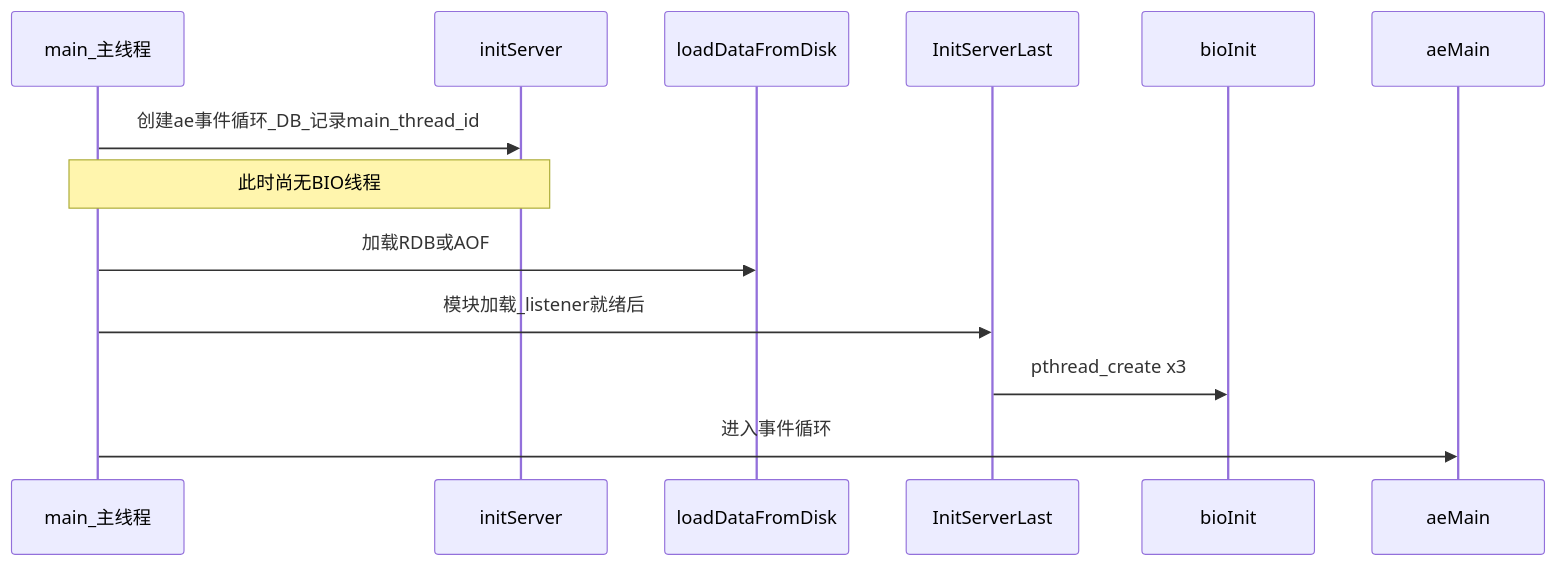
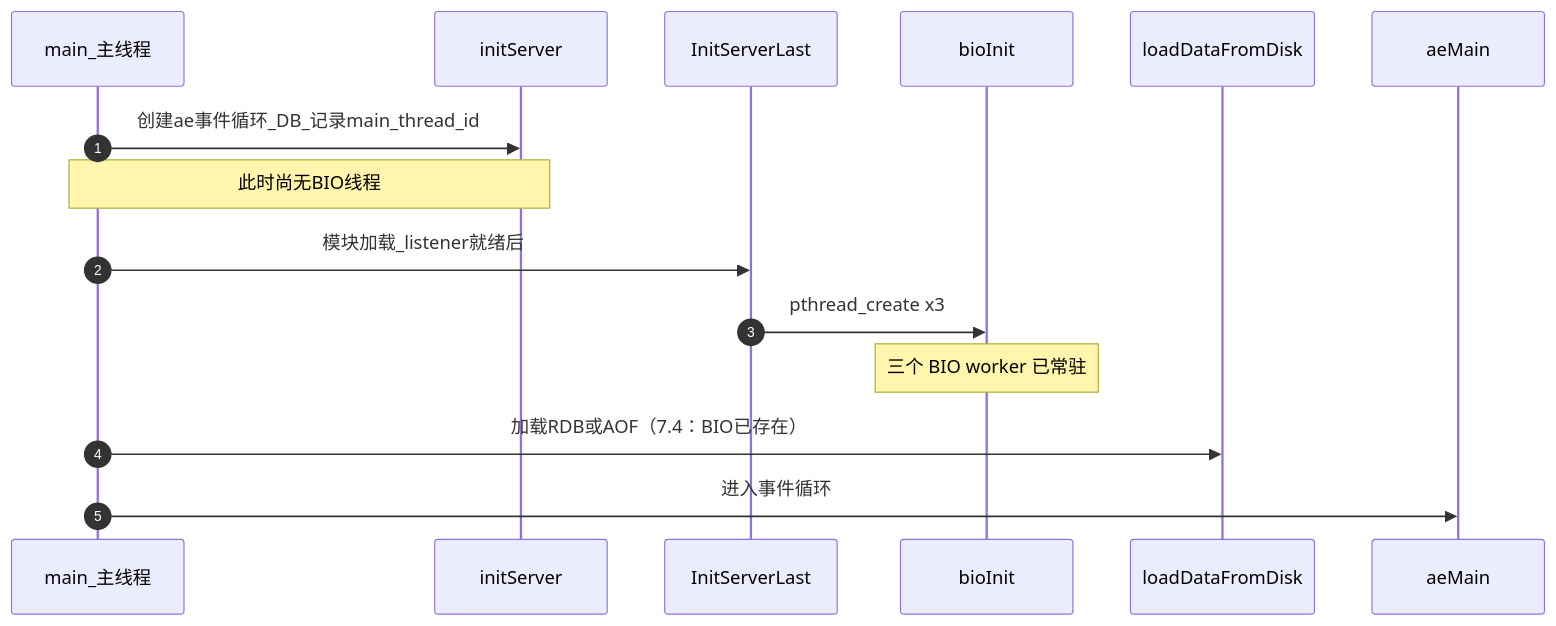
One commit to JinkaiGUAN/redis changed the fifth of 10 diagrams in docs/bio-source-walkthrough.md. Above: the diagram before and after it, drawn with Mermaid. The commit also changed other lines of this file and 9 other files, not shown here.

````diff
--- a/docs/bio-source-walkthrough.md
+++ b/docs/bio-source-walkthrough.md
@@ -137,16 +187,18 @@
 ```mermaid
 sequenceDiagram
+    autonumber
     participant M as main_主线程
     participant IS as initServer
-    participant LD as loadDataFromDisk
     participant IL as InitServerLast
     participant BI as bioInit
+    participant LD as loadDataFromDisk
     participant AE as aeMain
 
     M->>IS: 创建ae事件循环_DB_记录main_thread_id
     Note over M,IS: 此时尚无BIO线程
-    M->>LD: 加载RDB或AOF
     M->>IL: 模块加载_listener就绪后
     IL->>BI: pthread_create x3
+    Note over BI: 三个 BIO worker 已常驻
+    M->>LD: 加载RDB或AOF（7.4：BIO已存在）
     M->>AE: 进入事件循环
 ```
````
